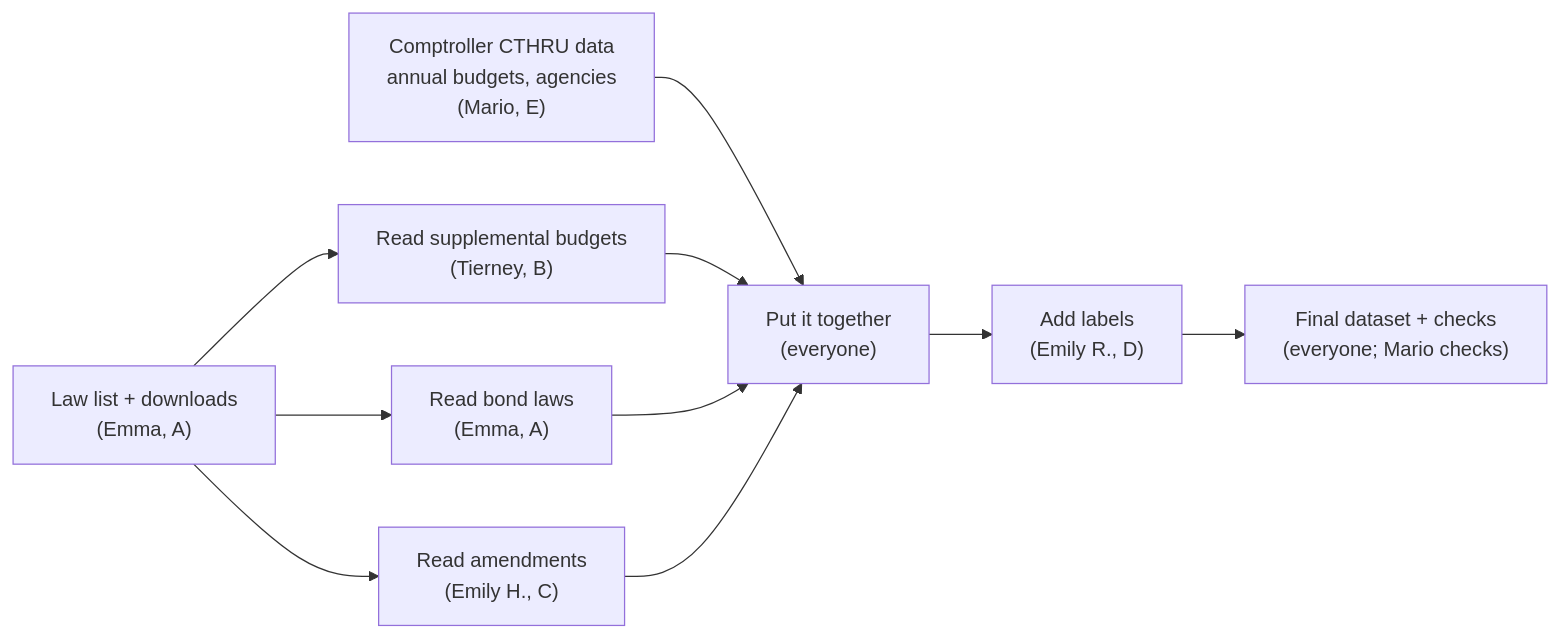
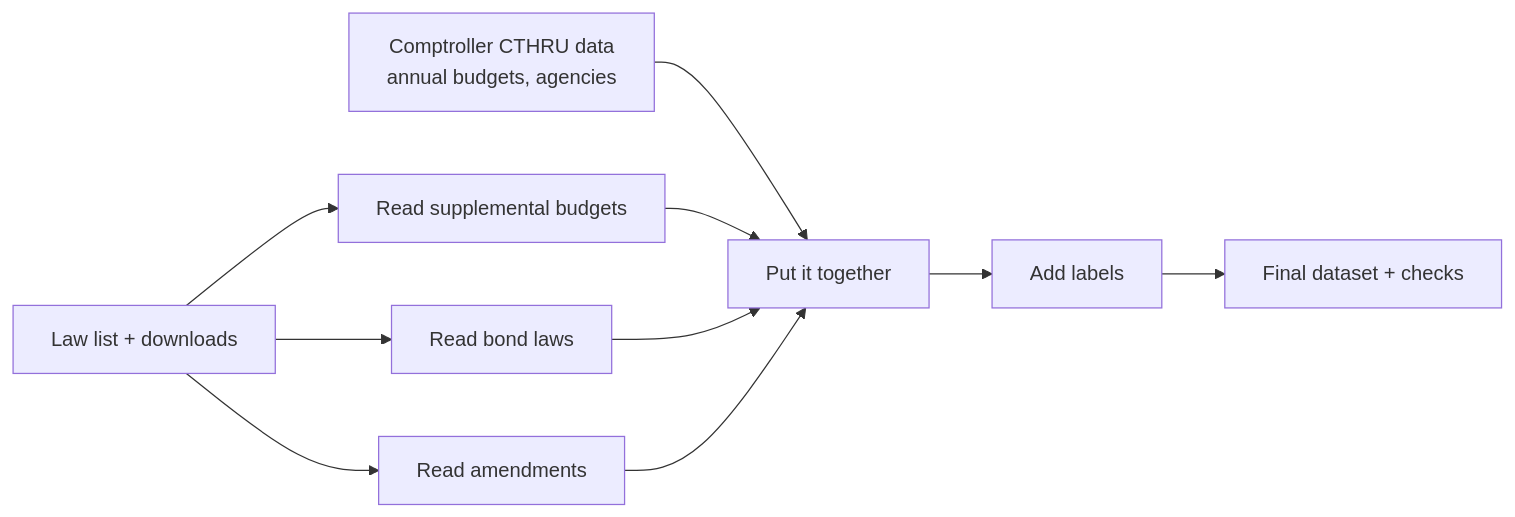
One commit to EmmaWisniewski/capstone-fall26 changed the diagram in docs/OVERVIEW.md. Above: the diagram before and after it, drawn with Mermaid. The commit also changed other lines of this file and 20 other files, not shown here.

````diff
--- a/docs/OVERVIEW.md
+++ b/docs/OVERVIEW.md
@@ -48,12 +47,12 @@
 ```mermaid
 flowchart LR
-  CT["Comptroller CTHRU data<br/>annual budgets, agencies<br/>(Mario, E)"] --> P
-  L["Law list + downloads<br/>(Emma, A)"] --> R1["Read supplemental budgets<br/>(Tierney, B)"]
-  L --> R2["Read bond laws<br/>(Emma, A)"]
-  L --> R3["Read amendments<br/>(Emily H., C)"]
-  R1 --> P["Put it together<br/>(everyone)"]
+  CT["Comptroller CTHRU data<br/>annual budgets, agencies"] --> P
+  L["Law list + downloads"] --> R1["Read supplemental budgets"]
+  L --> R2["Read bond laws"]
+  L --> R3["Read amendments"]
+  R1 --> P["Put it together"]
   R2 --> P
   R3 --> P
-  P --> LB["Add labels<br/>(Emily R., D)"]
-  LB --> X["Final dataset + checks<br/>(everyone; Mario checks)"]
+  P --> LB["Add labels"]
+  LB --> X["Final dataset + checks"]
 ```
````
